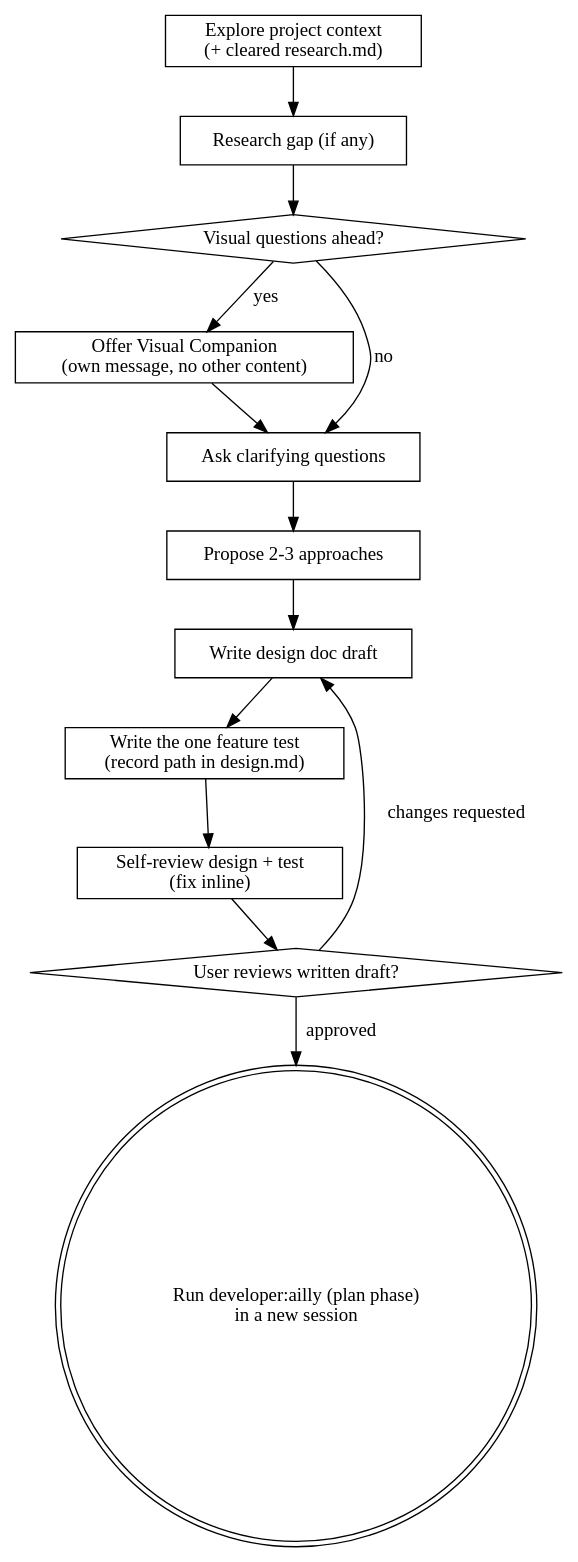
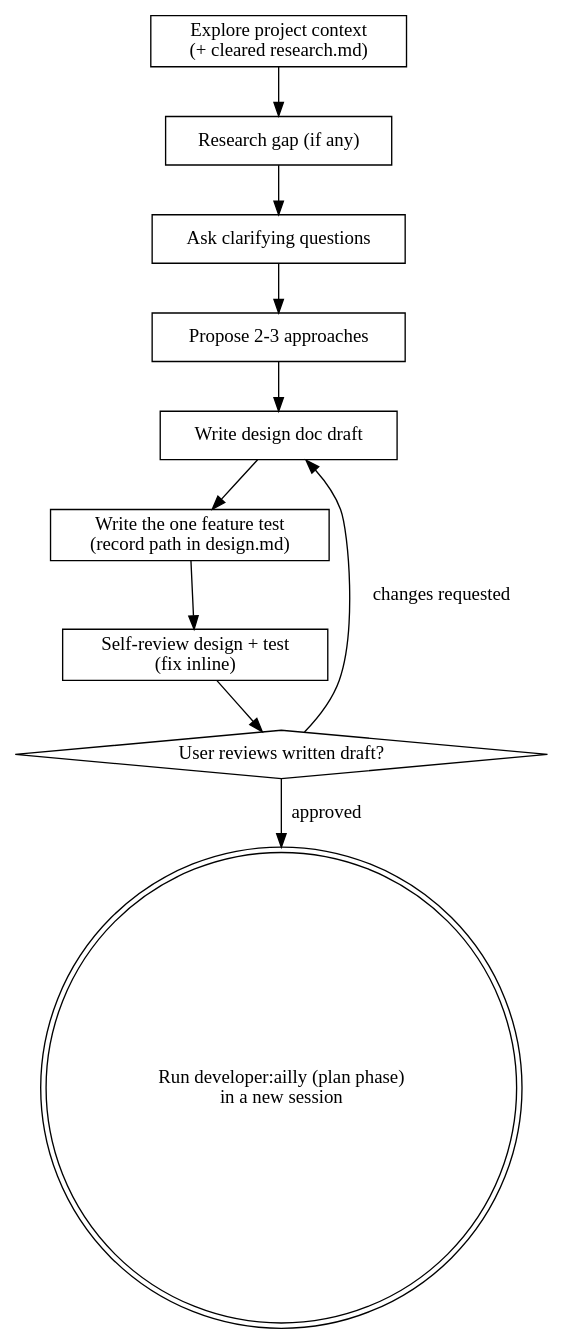
The diagram in developer/skills/ailly/references/phases/design.md (DavidSouther/domain-driven-design), drawn with Graphviz before and after one commit. The commit also changed other lines of this file and 35 other files, not shown here.

````diff
--- a/developer/skills/ailly/references/phases/design.md
+++ b/developer/skills/ailly/references/phases/design.md
@@ -70,28 +69,23 @@
 ```dot
 digraph brainstorming {
     explore [shape=box label="Explore project context\n(+ cleared research.md)"];
     research [shape=box label="Research gap (if any)"];
-    visual_q [shape=diamond label="Visual questions ahead?"];
-    visual [shape=box label="Offer Visual Companion\n(own message, no other content)"];
     clarify [shape=box label="Ask clarifying questions"];
     propose [shape=box label="Propose 2-3 approaches"];
     write [shape=box label="Write design doc draft"];
     test [shape=box label="Write the one feature test\n(record path in design.md)"];
     review [shape=box label="Self-review design + test\n(fix inline)"];
     user_review [shape=diamond label="User reviews written draft?"];
     done [shape=doublecircle label="Run developer:ailly (plan phase)\nin a new session"];
 
     explore -> research;
-    research -> visual_q;
-    visual_q -> visual [label="yes"];
-    visual_q -> clarify [label="no"];
-    visual -> clarify;
+    research -> clarify;
     clarify -> propose;
     propose -> write;
     write -> test;
     test -> review;
     review -> user_review;
     user_review -> write [label="changes requested"];
     user_review -> done [label="approved"];
 }
 ```
````
